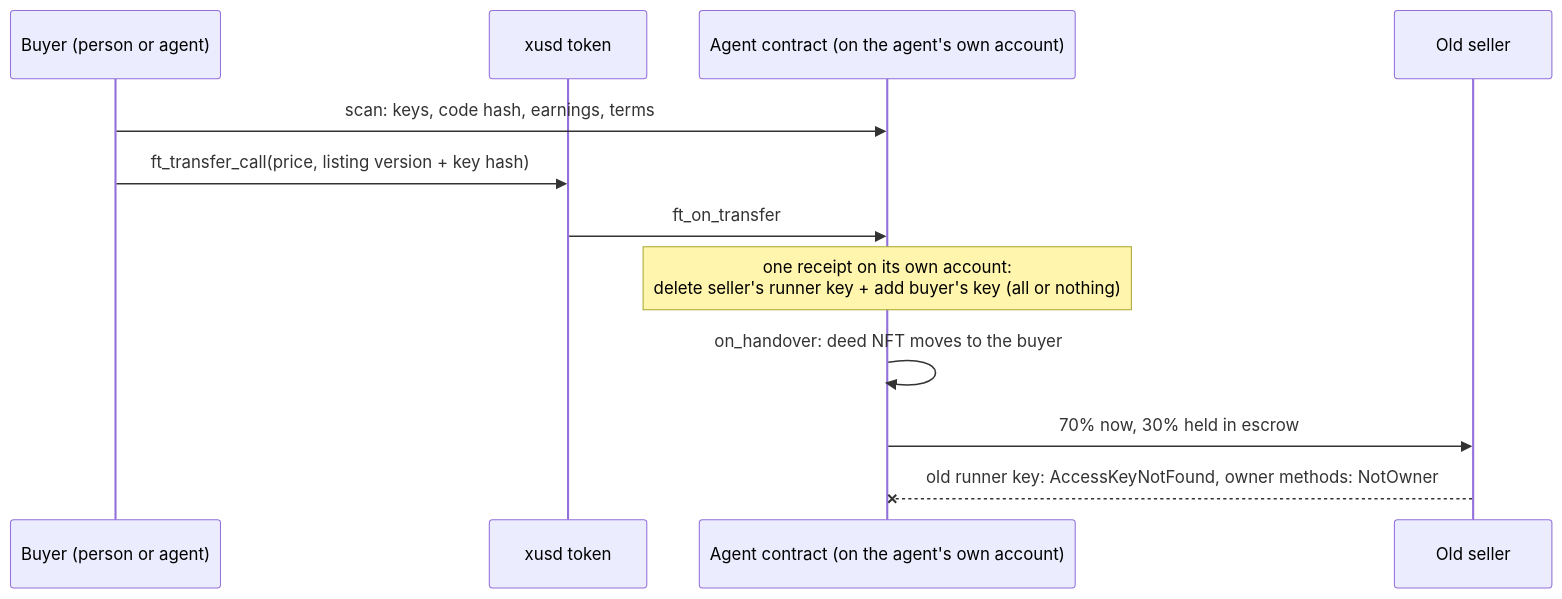
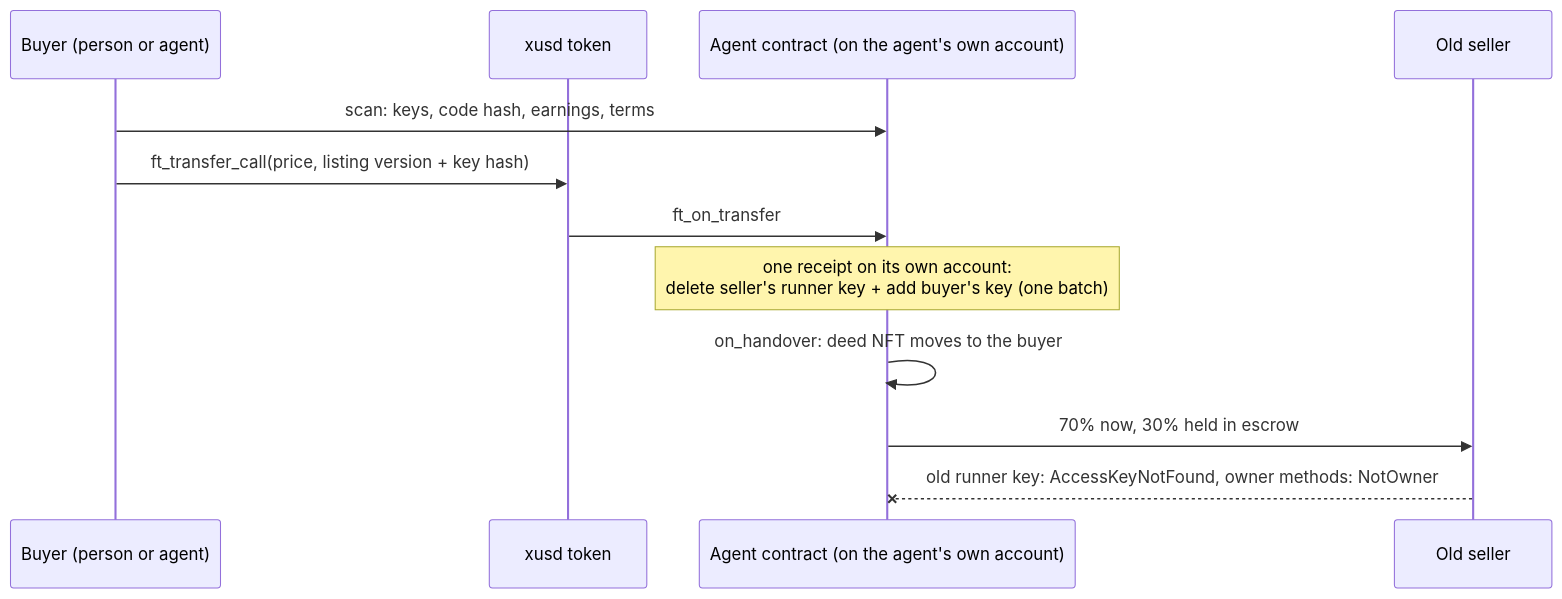
The diagram in README.md (alexandergorokhov/agent-exit), drawn with Mermaid before and after one commit. The commit also changed other lines of this file and 16 other files, not shown here.

````diff
--- a/README.md
+++ b/README.md
@@ -18,14 +30,14 @@
 ```mermaid
 sequenceDiagram
     participant B as Buyer (person or agent)
     participant T as xusd token
     participant A as Agent contract (on the agent's own account)
     participant S as Old seller
     B->>A: scan: keys, code hash, earnings, terms
     B->>T: ft_transfer_call(price, listing version + key hash)
     T->>A: ft_on_transfer
-    Note over A: one receipt on its own account:<br/>delete seller's runner key + add buyer's key (all or nothing)
+    Note over A: one receipt on its own account:<br/>delete seller's runner key + add buyer's key (one batch)
     A->>A: on_handover: deed NFT moves to the buyer
     A->>S: 70% now, 30% held in escrow
     S--xA: old runner key: AccessKeyNotFound, owner methods: NotOwner
 ```
````
